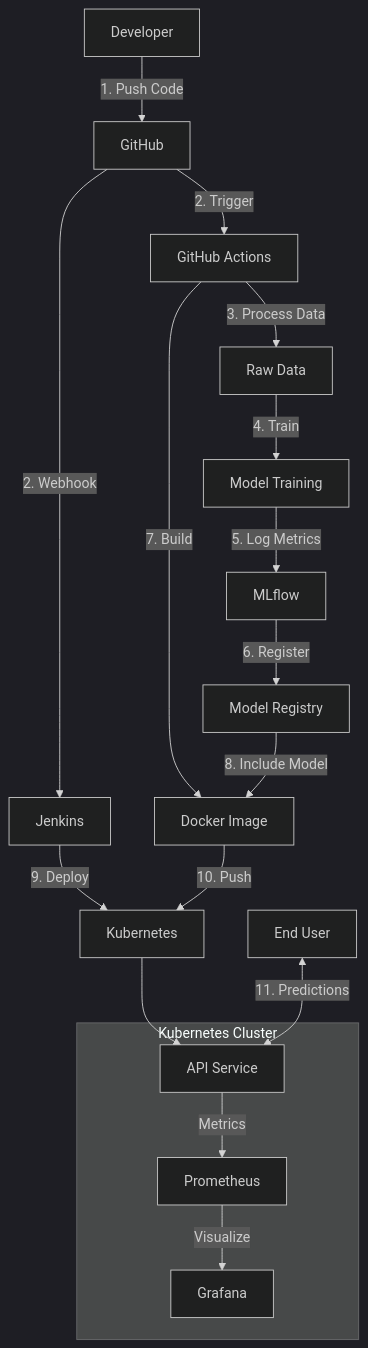
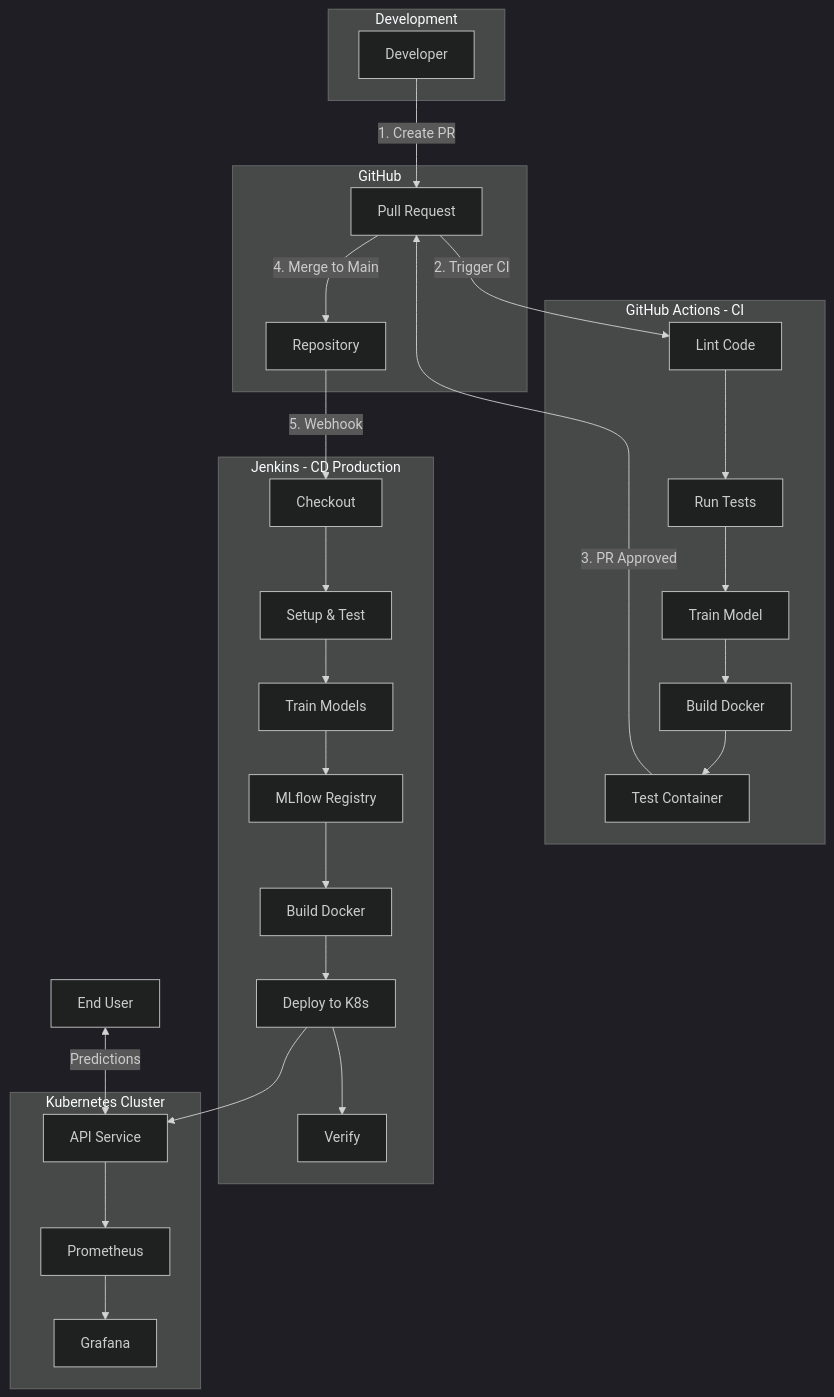
Before and after one commit to 2024aa05820/heart-disease-mlops: the first of 9 diagrams in README.md, drawn with Mermaid (dark theme). The commit also changed other lines of this file, not shown here.

First line of the commit message:
Fix High-Level Architecture to match actual CI/CD flow

````diff
--- a/README.md
+++ b/README.md
@@ -60,35 +60,47 @@
 ```mermaid
 flowchart TB
-    %% Development
-    DEV[Developer] -->|1. Push Code| GH[GitHub]
-    
-    %% CI/CD triggers ML Pipeline
-    GH -->|2. Trigger| GA[GitHub Actions]
-    GH -->|2. Webhook| JEN[Jenkins]
-    
-    %% ML Pipeline integrated with CI/CD
-    GA -->|3. Process Data| DATA[Raw Data]
-    DATA -->|4. Train| TRAIN[Model Training]
-    TRAIN -->|5. Log Metrics| MLF[MLflow]
-    MLF -->|6. Register| REG[Model Registry]
-    
-    %% Build and Deploy
-    GA -->|7. Build| IMG[Docker Image]
-    REG -->|8. Include Model| IMG
-    JEN -->|9. Deploy| K8S[Kubernetes]
-    IMG -->|10. Push| K8S
-    
-    %% Kubernetes Services
-    subgraph CLUSTER["Kubernetes Cluster"]
+    subgraph DEV["Development"]
+        D1[Developer]
+    end
+
+    subgraph GH["GitHub"]
+        REPO[Repository]
+        PR[Pull Request]
+    end
+
+    subgraph CI["GitHub Actions - CI"]
+        GA1[Lint Code]
+        GA2[Run Tests]
+        GA3[Train Model]
+        GA4[Build Docker]
+        GA5[Test Container]
+        GA1 --> GA2 --> GA3 --> GA4 --> GA5
+    end
+
+    subgraph CD["Jenkins - CD Production"]
+        J1[Checkout]
+        J2[Setup & Test]
+        J3[Train Models]
+        J4[MLflow Registry]
+        J5[Build Docker]
+        J6[Deploy to K8s]
+        J7[Verify]
+        J1 --> J2 --> J3 --> J4 --> J5 --> J6 --> J7
+    end
+
+    subgraph K8S["Kubernetes Cluster"]
         API[API Service]
         PROM[Prometheus]
         GRAF[Grafana]
+        API --> PROM --> GRAF
     end
+
+    D1 -->|1. Create PR| PR
+    PR -->|2. Trigger CI| GA1
+    GA5 -->|3. PR Approved| PR
+    PR -->|4. Merge to Main| REPO
+    REPO -->|5. Webhook| J1
+    J6 --> API
     
-    K8S --> API
-    API -->|Metrics| PROM
-    PROM -->|Visualize| GRAF
-    
-    %% End User
-    USER[End User] <-->|11. Predictions| API
+    USER[End User] <-->|Predictions| API
 ```
````
